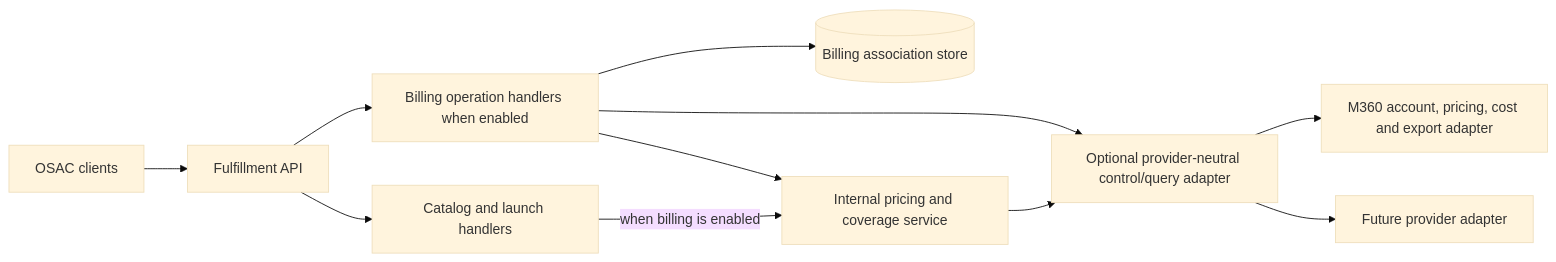
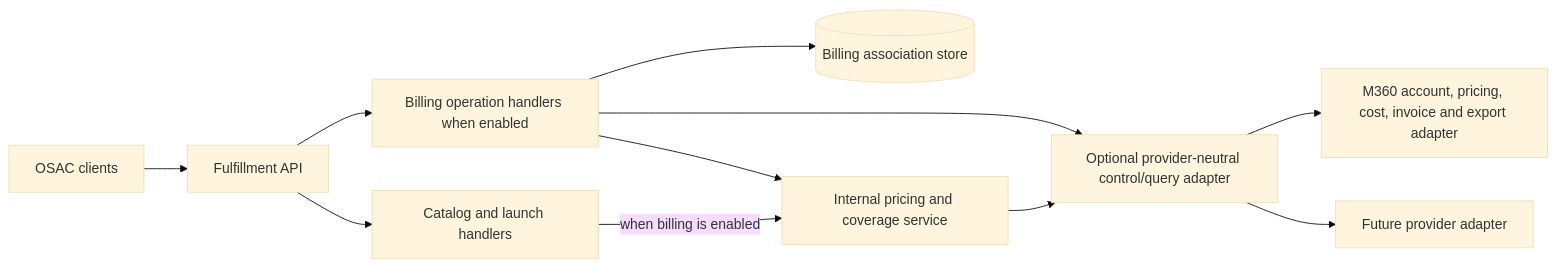
Before and after one commit to amito/enhancement-proposals: the diagram in enhancements/OSAC-3784-billing-integration-mvp/design.md, drawn with Mermaid (base theme). The commit also changed other lines of this file and 1 other file, not shown here.

````diff
--- a/enhancements/OSAC-3784-billing-integration-mvp/design.md
+++ b/enhancements/OSAC-3784-billing-integration-mvp/design.md
@@ -70,13 +69,13 @@
 ```mermaid
 flowchart LR
   CLIENTS[OSAC clients] --> FAPI[Fulfillment API]
   FAPI --> BILLING[Billing operation handlers when enabled]
   FAPI --> RESOURCE[Catalog and launch handlers]
   BILLING --> STORE[(Billing association store)]
   BILLING --> CTRL[Internal pricing and coverage service]
   BILLING --> PROVIDER
   RESOURCE -->|when billing is enabled| CTRL
   CTRL --> PROVIDER[Optional provider-neutral control/query adapter]
-  PROVIDER --> M360[M360 account, pricing, cost and export adapter]
+  PROVIDER --> M360[M360 account, pricing, cost, invoice and export adapter]
   PROVIDER --> OTHER[Future provider adapter]
 ```
````
